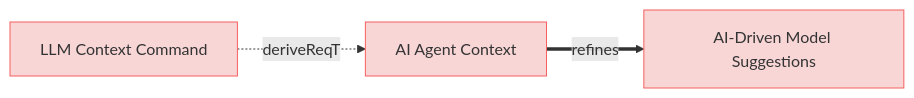
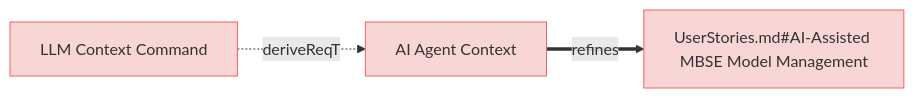
One commit to reqvire-org/reqvire changed the eighth of 9 diagrams in specifications/UserRequirements.md. Above: the diagram before and after it, drawn with Mermaid. The commit also changed other lines of this file and 36 other files, not shown here.

````diff
--- a/specifications/UserRequirements.md
+++ b/specifications/UserRequirements.md
@@ -833,20 +791,20 @@
 ```mermaid
 graph LR;
   %% Graph styling
   classDef requirement fill:#f9d6d6,stroke:#f55f5f,stroke-width:1px;
   classDef verification fill:#d6f9d6,stroke:#5fd75f,stroke-width:1px;
   classDef externalLink fill:#d0e0ff,stroke:#3080ff,stroke-width:1px;
   classDef default fill:#f5f5f5,stroke:#333333,stroke-width:1px;
 
   5a6fc253c5["AI Agent Context"];
   click 5a6fc253c5 "UserRequirements.md#ai-agent-context";
   class 5a6fc253c5 requirement;
-  6912d98267["AI-Driven Model Suggestions"];
-  class 6912d98267 requirement;
-  click 6912d98267 "UserStories.md#ai-driven-model-suggestions";
-  5a6fc253c5 ==>|refines| 6912d98267;
+  2b35b7b37d["UserStories.md#AI-Assisted MBSE Model Management"];
+  class 2b35b7b37d requirement;
+  click 2b35b7b37d "UserStories.md#ai-assisted-mbse-model-management";
+  5a6fc253c5 ==>|refines| 2b35b7b37d;
   8ba9c7e059["LLM Context Command"];
   class 8ba9c7e059 requirement;
   click 8ba9c7e059 "SystemRequirements/Requirements.md#llm-context-command";
   8ba9c7e059 -.->|deriveReqT| 5a6fc253c5;
 ```
````
